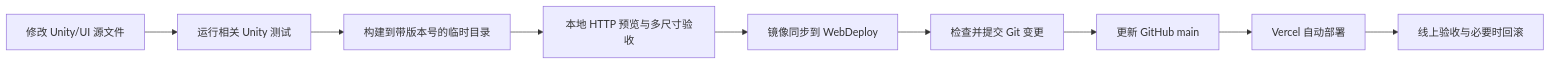
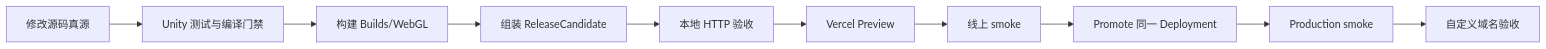
The diagram in Docs/WebGLUiChangeSyncAndDeploymentGuide.zh-CN.md (heng6k/Learn-Heartstone-2026-06-05_09-24-27), drawn with Mermaid before and after one commit. The commit also changed other lines of this file and 25 other files, not shown here.

Commit message:
chore: retire legacy WebDeploy publishing

````diff
--- a/Docs/WebGLUiChangeSyncAndDeploymentGuide.zh-CN.md
+++ b/Docs/WebGLUiChangeSyncAndDeploymentGuide.zh-CN.md
@@ -9,11 +9,12 @@
 ```mermaid
 flowchart LR
-    A["修改 Unity/UI 源文件"] --> B["运行相关 Unity 测试"]
-    B --> C["构建到带版本号的临时目录"]
-    C --> D["本地 HTTP 预览与多尺寸验收"]
-    D --> E["镜像同步到 WebDeploy"]
-    E --> F["检查并提交 Git 变更"]
-    F --> G["更新 GitHub main"]
-    G --> H["Vercel 自动部署"]
-    H --> I["线上验收与必要时回滚"]
+    A["修改源码真源"] --> B["Unity 测试与编译门禁"]
+    B --> C["构建 Builds/WebGL"]
+    C --> D["组装 ReleaseCandidate"]
+    D --> E["本地 HTTP 验收"]
+    E --> F["Vercel Preview"]
+    F --> G["线上 smoke"]
+    G --> H["Promote 同一 Deployment"]
+    H --> I["Production smoke"]
+    I --> J["自定义域名验收"]
 ```
````
